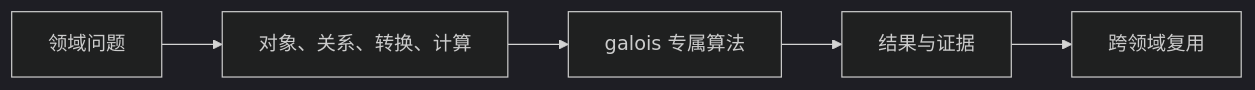
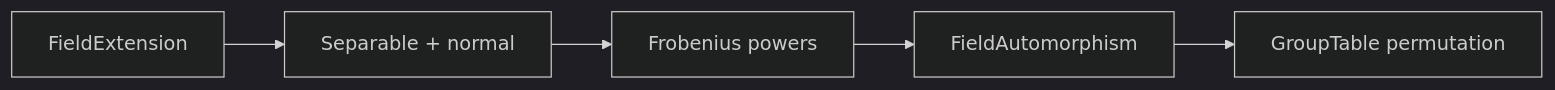
The first of 2 diagrams in projects/athena-engine/src/domains/galois/readme.md (ai4waifu/athena.rs), drawn with Mermaid (dark theme) before and after one commit. The commit also changed other lines of this file and 21 other files, not shown here.

````diff
--- a/projects/athena-engine/src/domains/galois/readme.md
+++ b/projects/athena-engine/src/domains/galois/readme.md
@@ -15,7 +15,7 @@
 ```mermaid
 flowchart LR
-    Problem["领域问题"] --> Decompose["对象、关系、转换、计算"]
-    Decompose --> Algorithm["galois 专属算法"]
-    Algorithm --> Evidence["结果与证据"]
-    Evidence --> Cross["跨领域复用"]
+ X["FieldExtension"] --> SN["Separable + normal"]
+ SN --> F["Frobenius powers"]
+ F --> A["FieldAutomorphism"]
+ A --> G["GroupTable permutation"]
 ```
````
